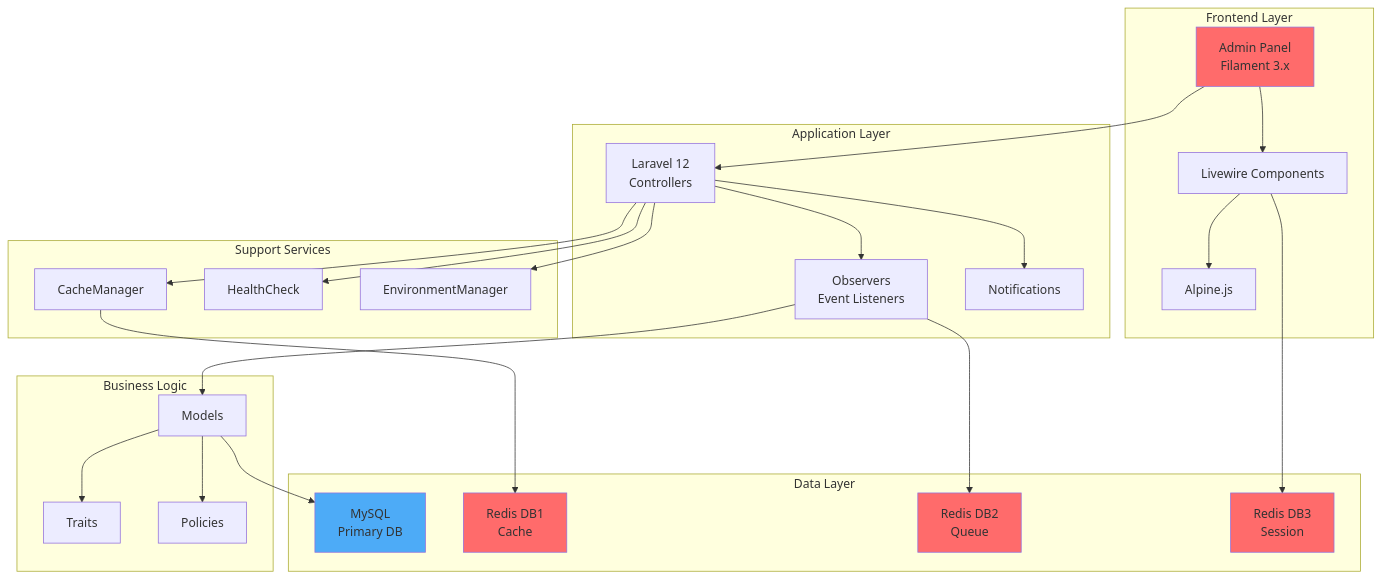
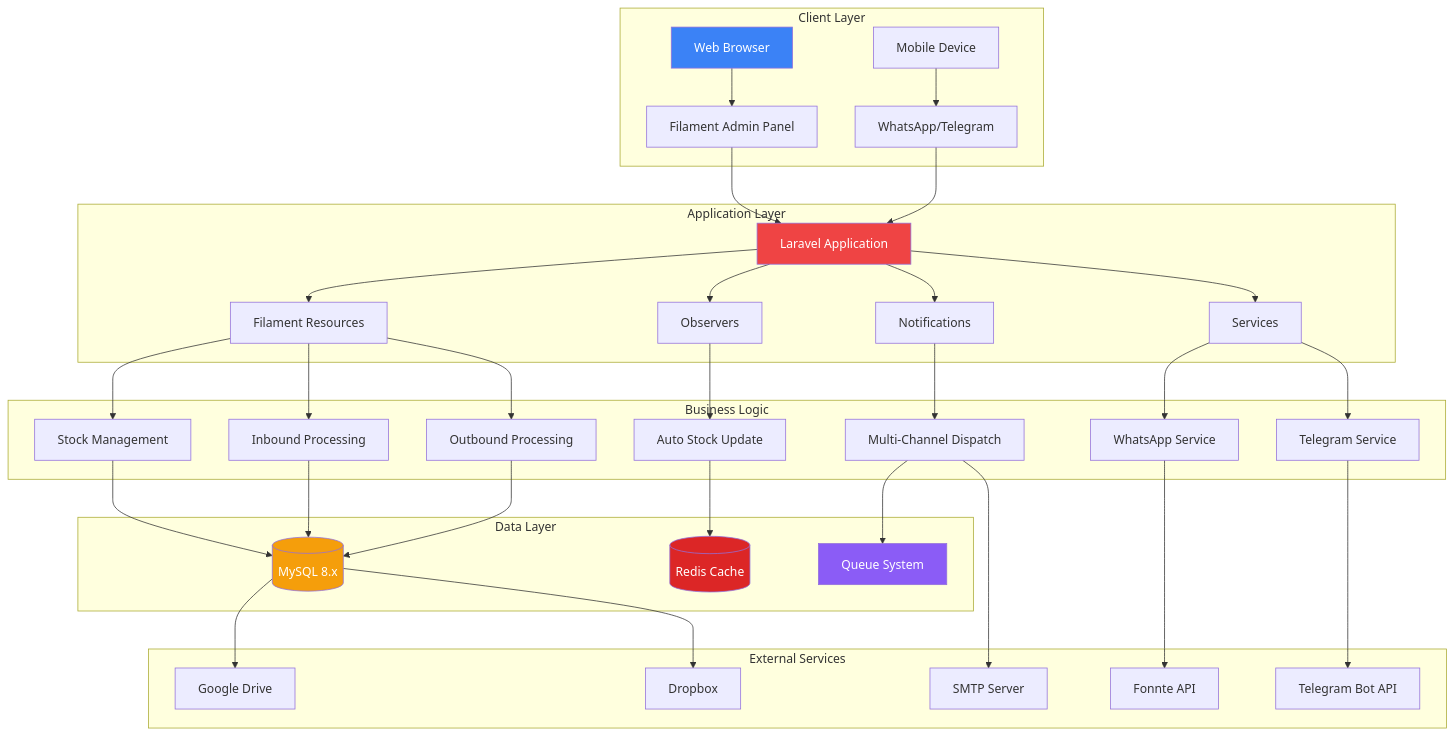
Before and after one commit to Halfirzzha/Warex-Management: the second of 8 diagrams in README.md, drawn with Mermaid. The commit also changed other lines of this file and 114 other files, not shown here.

````diff
--- a/README.md
+++ b/README.md
@@ -53,57 +156,48 @@
 ```mermaid
 graph TB
-    subgraph "Frontend Layer"
-        A[Admin Panel<br/>Filament 3.x]
-        B[Livewire Components]
-        C[Alpine.js]
+    subgraph "Client Layer"
+        A[Web Browser] --> B[Filament Admin Panel]
+        C[Mobile Device] --> D[WhatsApp/Telegram]
     end
 
     subgraph "Application Layer"
-        D[Laravel 12<br/>Controllers]
-        E[Observers<br/>Event Listeners]
-        F[Notifications]
+        B --> E[Laravel Application]
+        D --> E
+        E --> F[Filament Resources]
+        E --> G[Observers]
+        E --> H[Notifications]
+        E --> I[Services]
     end
 
     subgraph "Business Logic"
-        G[Models]
-        H[Traits]
-        I[Policies]
+        F --> J[Stock Management]
+        F --> K[Inbound Processing]
+        F --> L[Outbound Processing]
+        G --> M[Auto Stock Update]
+        H --> N[Multi-Channel Dispatch]
+        I --> O[WhatsApp Service]
+        I --> P[Telegram Service]
     end
 
     subgraph "Data Layer"
-        J[MySQL<br/>Primary DB]
-        K[Redis DB1<br/>Cache]
-        L[Redis DB2<br/>Queue]
-        M[Redis DB3<br/>Session]
+        J --> Q[(MySQL 8.x)]
+        K --> Q
+        L --> Q
+        M --> R[(Redis Cache)]
+        N --> S[Queue System]
     end
 
-    subgraph "Support Services"
-        N[CacheManager]
-        O[HealthCheck]
-        P[EnvironmentManager]
+    subgraph "External Services"
+        O --> T[Fonnte API]
+        P --> U[Telegram Bot API]
+        N --> V[SMTP Server]
+        Q --> W[Google Drive]
+        Q --> X[Dropbox]
     end
 
-    A --> B
-    B --> C
-    A --> D
-    D --> E
-    D --> F
-    E --> G
-    G --> H
-    G --> I
-
-    D --> N
-    D --> O
-    D --> P
-
-    G --> J
-    N --> K
-    E --> L
-    B --> M
-
-    style A fill:#ff6b6b
-    style J fill:#4dabf7
-    style K fill:#ff6b6b
-    style L fill:#ff6b6b
-    style M fill:#ff6b6b
+    style A fill:#3b82f6,color:#fff
+    style E fill:#ef4444,color:#fff
+    style Q fill:#f59e0b,color:#fff
+    style R fill:#dc2626,color:#fff
+    style S fill:#8b5cf6,color:#fff
 ```
````
